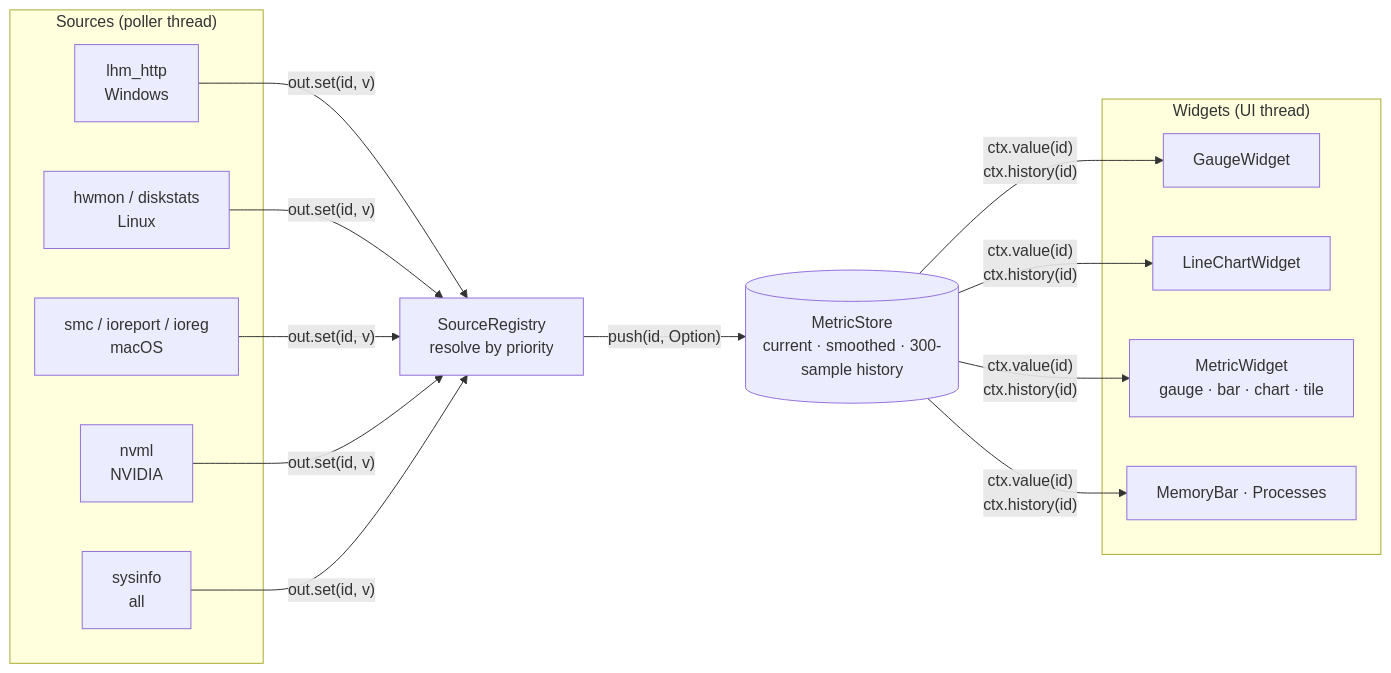
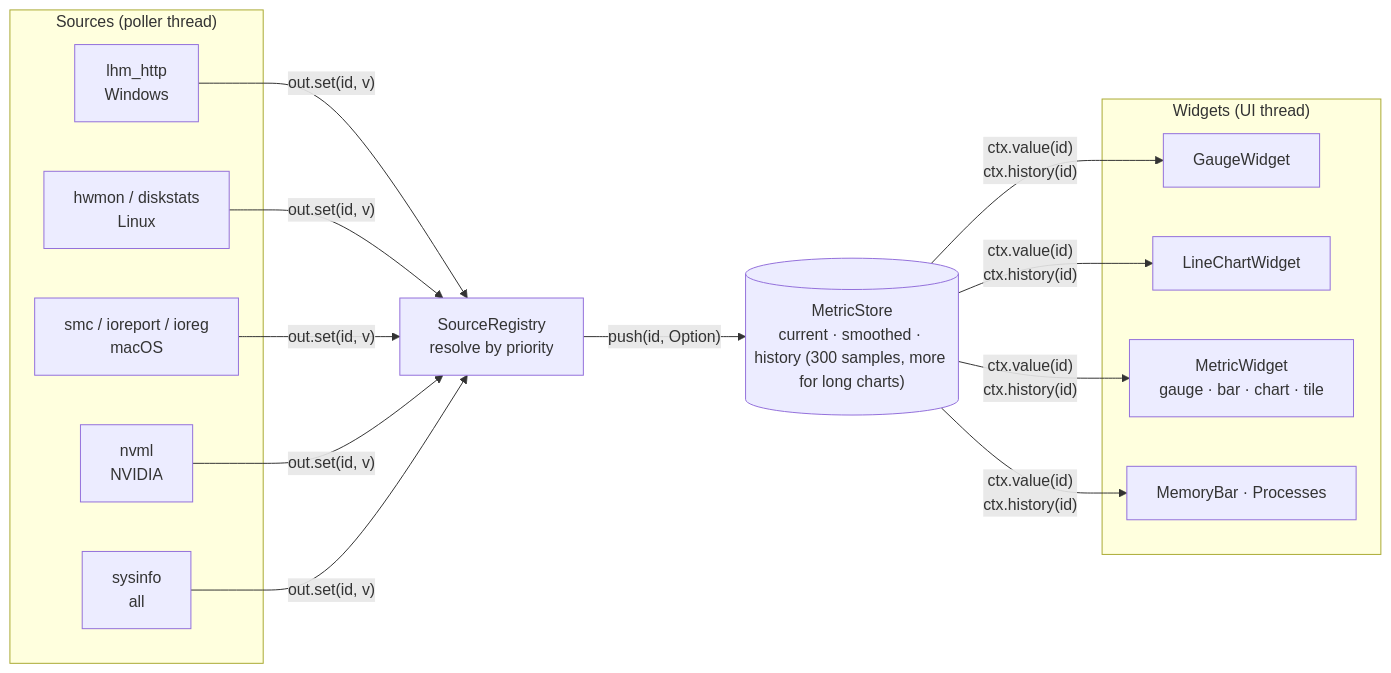
Before and after one commit to liorbass/hardviz: the first of 4 diagrams in docs/architecture.md, drawn with Mermaid. The commit also changed other lines of this file and 31 other files, not shown here.

Commit message:
Line chart time span (1 min-1 h); smooth gauge and bar glow, rounded arc ends, severity colours on bars

````diff
--- a/docs/architecture.md
+++ b/docs/architecture.md
@@ -14,25 +14,25 @@
 ```mermaid
 flowchart LR
     subgraph sources["Sources (poller thread)"]
         LHM["lhm_http<br/>Windows"]
         HW["hwmon / diskstats<br/>Linux"]
         MAC["smc / ioreport / ioreg<br/>macOS"]
         NV["nvml<br/>NVIDIA"]
         SI["sysinfo<br/>all"]
     end
     R["SourceRegistry<br/>resolve by priority"]
-    S[("MetricStore<br/>current · smoothed · 300-sample history")]
+    S[("MetricStore<br/>current · smoothed · history (300 samples, more for long charts)")]
     subgraph widgets["Widgets (UI thread)"]
         G["GaugeWidget"]
         C["LineChartWidget"]
         T["MetricWidget<br/>gauge · bar · chart · tile"]
         M["MemoryBar · Processes"]
     end
     LHM -- "out.set(id, v)" --> R
     HW -- "out.set(id, v)" --> R
     MAC -- "out.set(id, v)" --> R
     NV -- "out.set(id, v)" --> R
     SI -- "out.set(id, v)" --> R
     R -- "push(id, Option)" --> S
     S -- "ctx.value(id)<br/>ctx.history(id)" --> G & C & T & M
 ```
````
